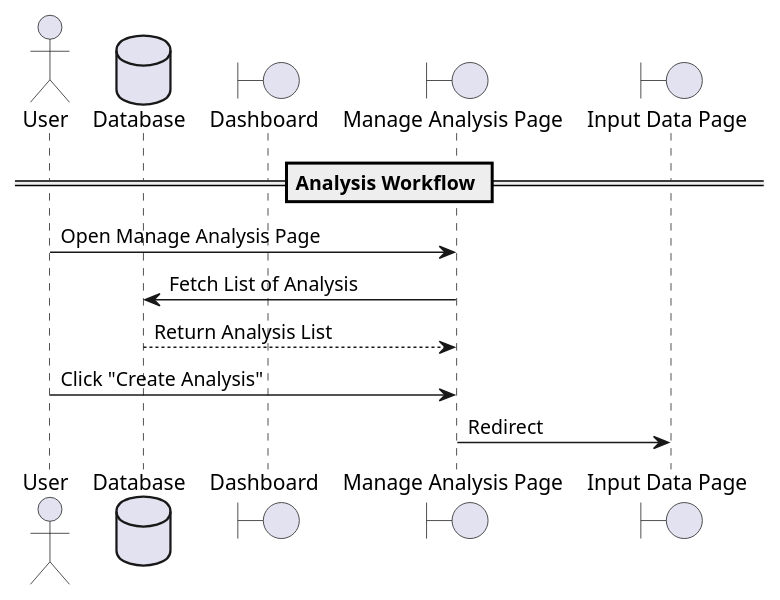
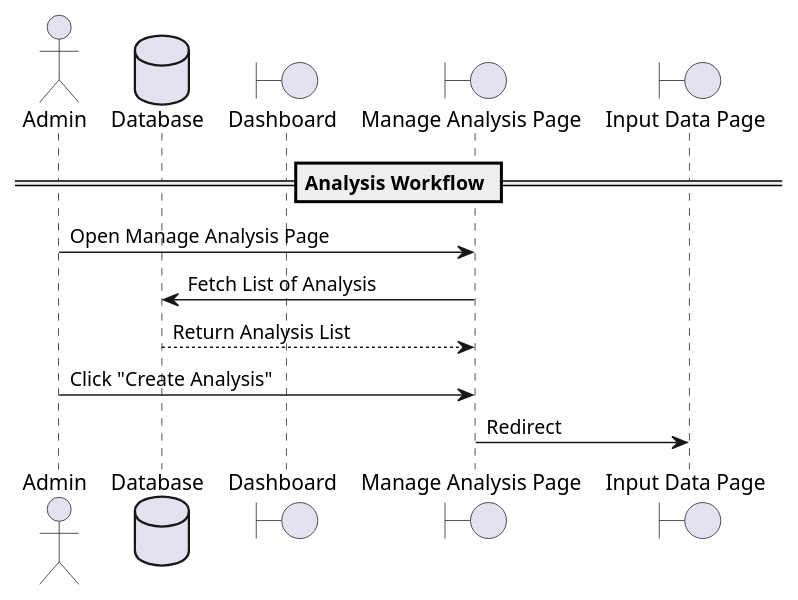
One commit to ren-zi-fa/spk-ahp-gis changed the diagram in diagram/sq-2.puml. Above: the diagram before and after it, drawn with PlantUML. The commit also changed 14 other files, not shown here.

```diff
--- a/diagram/sq-2.puml
+++ b/diagram/sq-2.puml
@@ -1,15 +1,15 @@
 @startuml
-actor User
+actor Admin
 database Database
 
 boundary "Dashboard" as Dashboard
 boundary "Manage Analysis Page" as AnalysisPage
 boundary "Input Data Page" as InputPage
 
 == Analysis Workflow ==
-User -> AnalysisPage : Open Manage Analysis Page
+Admin -> AnalysisPage : Open Manage Analysis Page
 AnalysisPage -> Database : Fetch List of Analysis
 Database --> AnalysisPage : Return Analysis List
-User -> AnalysisPage : Click "Create Analysis"
+Admin -> AnalysisPage : Click "Create Analysis"
 AnalysisPage -> InputPage : Redirect
 @enduml
```
